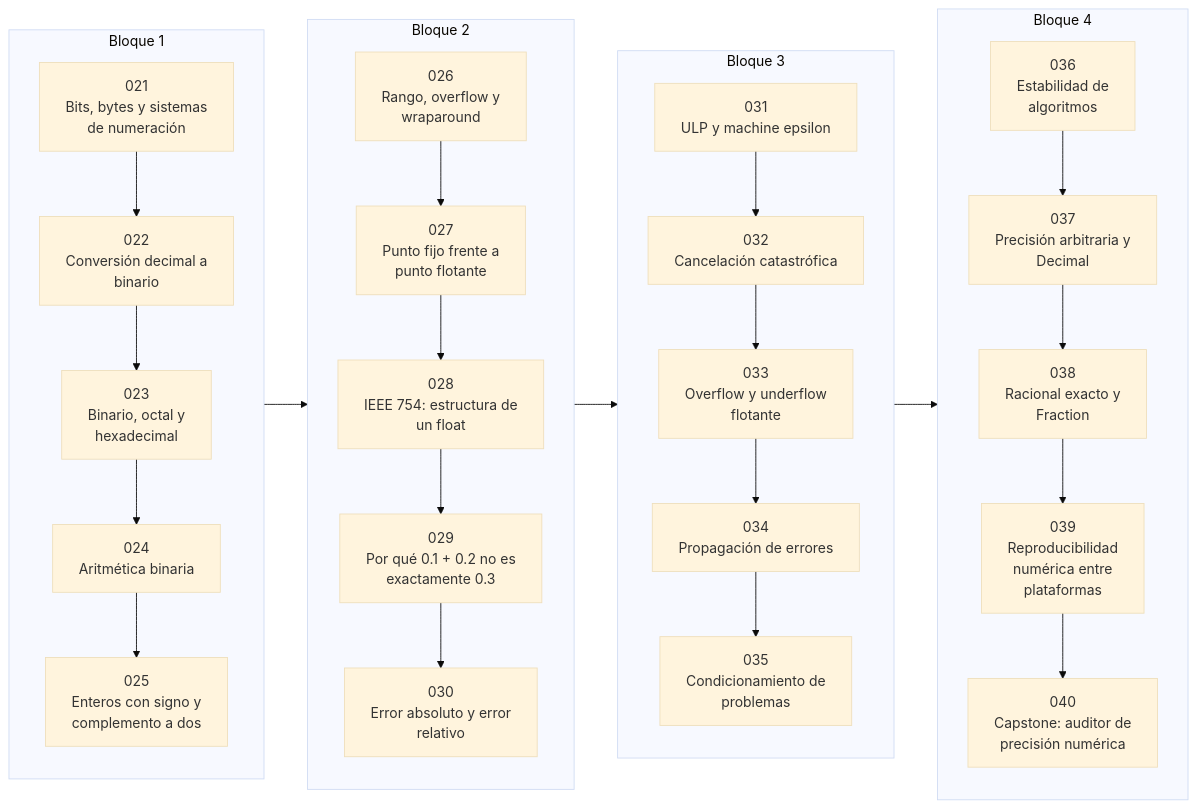
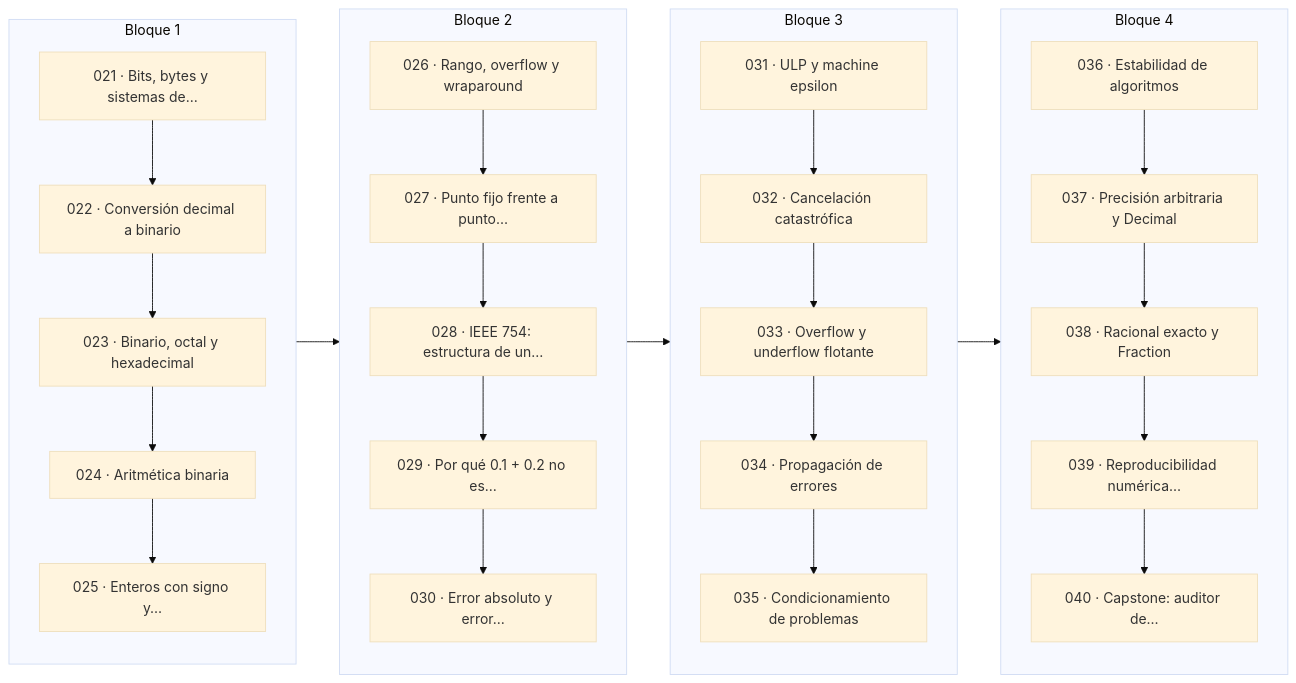
The second of 2 diagrams in classes/part-01-aritmetica-computacional-y-representacion-numerica/README.md (vladimiracunadev-create/computational-mathematics-program), drawn with Mermaid (base theme) before and after one commit. The commit also changed other lines of this file and 389 other files, not shown here.

First line of the commit message:
fix(diagramas): elimina el HTML de las etiquetas Mermaid

````diff
--- a/classes/part-01-aritmetica-computacional-y-representacion-numerica/README.md
+++ b/classes/part-01-aritmetica-computacional-y-representacion-numerica/README.md
@@ -83,54 +83,54 @@
 ```mermaid
 flowchart LR
     subgraph B1["Bloque 1"]
         direction TB
-        L021["021<br/>Bits, bytes y sistemas<br/>de numeración"]
-        L022["022<br/>Conversión decimal a<br/>binario"]
-        L023["023<br/>Binario, octal y<br/>hexadecimal"]
-        L024["024<br/>Aritmética binaria"]
-        L025["025<br/>Enteros con signo y<br/>complemento a dos"]
+        L021["021 · Bits, bytes y sistemas de…"]
+        L022["022 · Conversión decimal a binario"]
+        L023["023 · Binario, octal y hexadecimal"]
+        L024["024 · Aritmética binaria"]
+        L025["025 · Enteros con signo y…"]
         L021 --> L022
         L022 --> L023
         L023 --> L024
         L024 --> L025
     end
     subgraph B2["Bloque 2"]
         direction TB
-        L026["026<br/>Rango, overflow y<br/>wraparound"]
-        L027["027<br/>Punto fijo frente a<br/>punto flotante"]
-        L028["028<br/>IEEE 754: estructura de<br/>un float"]
-        L029["029<br/>Por qué 0.1 + 0.2 no es<br/>exactamente 0.3"]
-        L030["030<br/>Error absoluto y error<br/>relativo"]
+        L026["026 · Rango, overflow y wraparound"]
+        L027["027 · Punto fijo frente a punto…"]
+        L028["028 · IEEE 754: estructura de un…"]
+        L029["029 · Por qué 0.1 + 0.2 no es…"]
+        L030["030 · Error absoluto y error…"]
         L026 --> L027
         L027 --> L028
         L028 --> L029
         L029 --> L030
     end
     subgraph B3["Bloque 3"]
         direction TB
-        L031["031<br/>ULP y machine epsilon"]
-        L032["032<br/>Cancelación catastrófica"]
-        L033["033<br/>Overflow y underflow<br/>flotante"]
-        L034["034<br/>Propagación de errores"]
-        L035["035<br/>Condicionamiento de<br/>problemas"]
+        L031["031 · ULP y machine epsilon"]
+        L032["032 · Cancelación catastrófica"]
+        L033["033 · Overflow y underflow flotante"]
+        L034["034 · Propagación de errores"]
+        L035["035 · Condicionamiento de problemas"]
         L031 --> L032
         L032 --> L033
         L033 --> L034
         L034 --> L035
     end
     subgraph B4["Bloque 4"]
         direction TB
-        L036["036<br/>Estabilidad de<br/>algoritmos"]
-        L037["037<br/>Precisión arbitraria y<br/>Decimal"]
-        L038["038<br/>Racional exacto y<br/>Fraction"]
-        L039["039<br/>Reproducibilidad<br/>numérica entre<br/>plataformas"]
-        L040["040<br/>Capstone: auditor de<br/>precisión numérica"]
+        L036["036 · Estabilidad de algoritmos"]
+        L037["037 · Precisión arbitraria y Decimal"]
+        L038["038 · Racional exacto y Fraction"]
+        L039["039 · Reproducibilidad numérica…"]
+        L040["040 · Capstone: auditor de…"]
         L036 --> L037
         L037 --> L038
         L038 --> L039
         L039 --> L040
     end
     L025 --> L026
     L030 --> L031
     L035 --> L036
 ```
````
